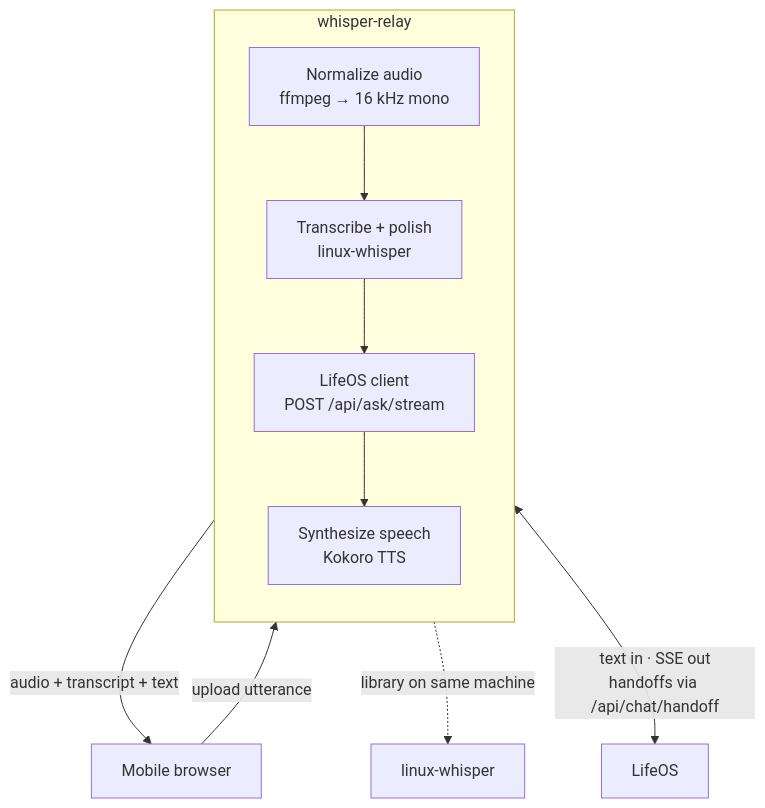
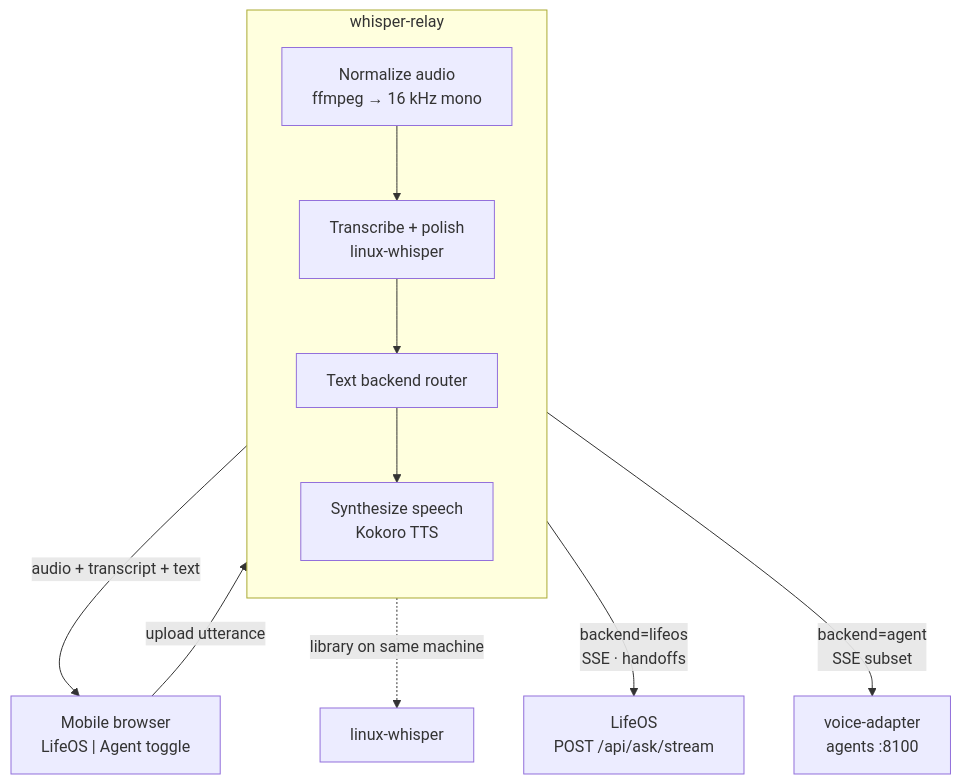
The diagram in README.md (nbramia/whisper-relay), drawn with Mermaid before and after one commit. The commit also changed other lines of this file and 1 other file, not shown here.

First line of the commit message:
docs: sync README diagram with dual text backends

````diff
--- a/README.md
+++ b/README.md
@@ -18,21 +19,23 @@
 ```mermaid
 flowchart TB
-  phone["Mobile browser"]
+  phone["Mobile browser<br/>LifeOS | Agent toggle"]
 
   subgraph relay["whisper-relay"]
     direction TB
     norm["Normalize audio<br/>ffmpeg → 16 kHz mono"]
     stt["Transcribe + polish<br/>linux-whisper"]
-    client["LifeOS client<br/>POST /api/ask/stream"]
+    router["Text backend router"]
     tts["Synthesize speech<br/>Kokoro TTS"]
-    norm --> stt --> client --> tts
+    norm --> stt --> router --> tts
   end
 
   lw["linux-whisper"]
-  lifeos["LifeOS"]
+  lifeos["LifeOS<br/>POST /api/ask/stream"]
+  agent["voice-adapter<br/>agents :8100"]
 
   phone -->|"upload utterance"| norm
   tts -->|"audio + transcript + text"| phone
   stt -.->|"library on same machine"| lw
-  client <-->|"text in · SSE out<br/>handoffs via /api/chat/handoff"| lifeos
+  router -->|"backend=lifeos<br/>SSE · handoffs"| lifeos
+  router -->|"backend=agent<br/>SSE subset"| agent
 ```
````
